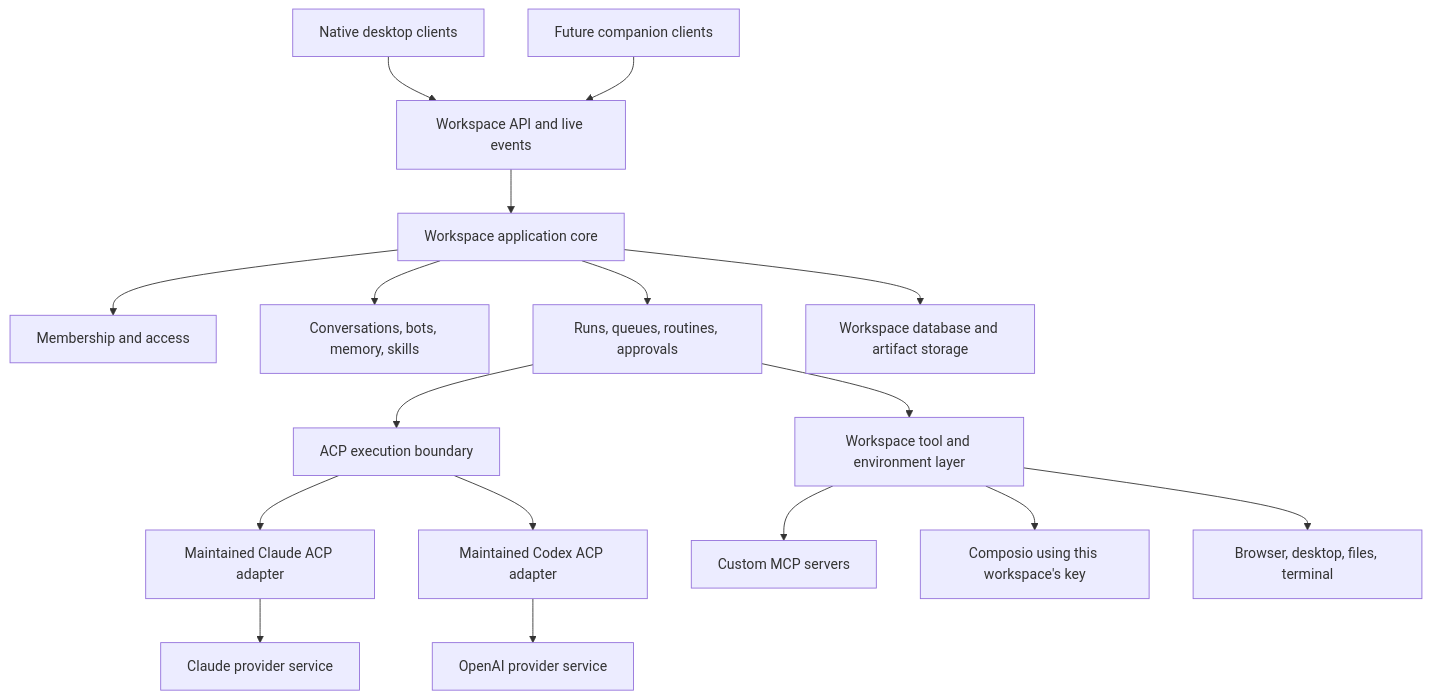
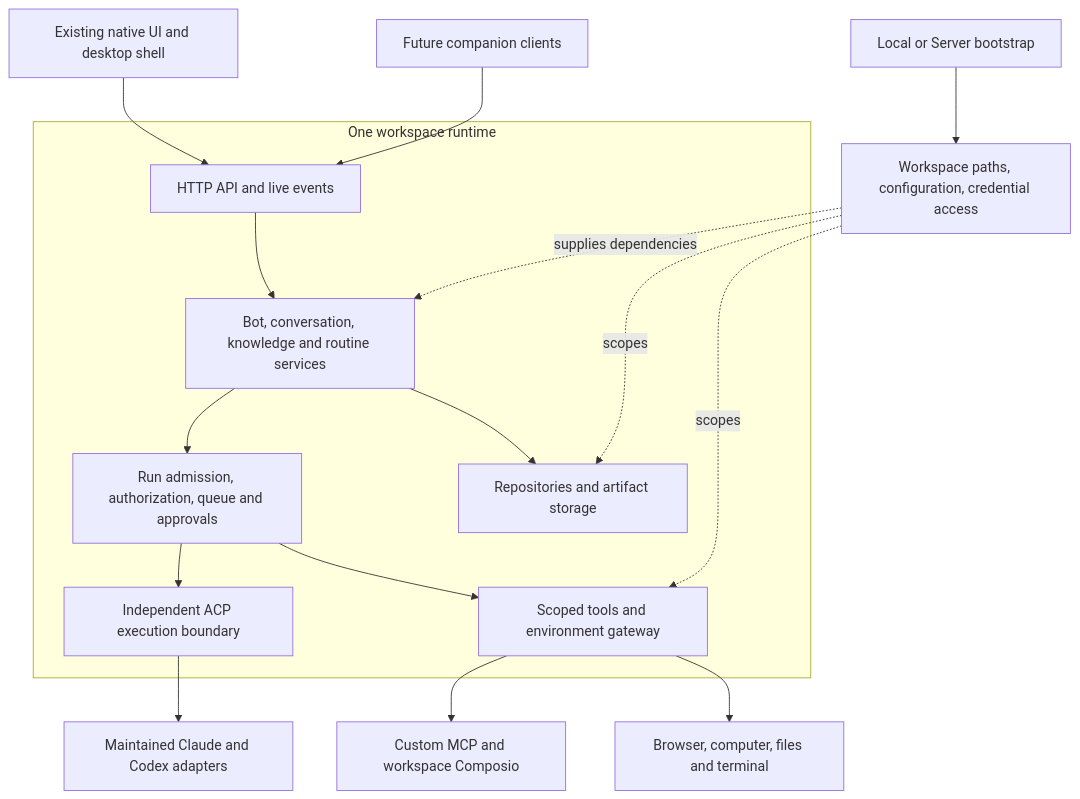
One commit to hanifstudio/colonie changed the third of 4 diagrams in docs/COLONIE-BLUEPRINT.md. Above: the diagram before and after it, drawn with Mermaid. The commit also changed other lines of this file and 245 other files, not shown here.

````diff
--- a/docs/COLONIE-BLUEPRINT.md
+++ b/docs/COLONIE-BLUEPRINT.md
@@ -380,19 +445,19 @@
 ```mermaid
 flowchart TB
-    D[Native desktop clients] --> API[Workspace API and live events]
+    D[Existing native UI and desktop shell] --> API
     M[Future companion clients] --> API
-    API --> W[Workspace application core]
-    W --> ID[Membership and access]
-    W --> C[Conversations, bots, memory, skills]
-    W --> R[Runs, queues, routines, approvals]
-    W --> DB[Workspace database and artifact storage]
-    R --> E[ACP execution boundary]
-    E --> AC[Maintained Claude ACP adapter]
-    E --> AX[Maintained Codex ACP adapter]
-    AC --> CP[Claude provider service]
-    AX --> OP[OpenAI provider service]
-    R --> TO[Workspace tool and environment layer]
-    TO --> MCP[Custom MCP servers]
-    TO --> CO[Composio using this workspace's key]
-    TO --> ENV[Browser, desktop, files, terminal]
+    B[Local or Server bootstrap] --> CTX[Workspace paths, configuration, credential access]
+    subgraph WS[One workspace runtime]
+        API[HTTP API and live events] --> APP[Bot, conversation, knowledge and routine services]
+        APP --> RUN[Run admission, authorization, queue and approvals]
+        APP --> REPO[Repositories and artifact storage]
+        RUN --> ACP[Independent ACP execution boundary]
+        RUN --> TOOLS[Scoped tools and environment gateway]
+    end
+    CTX -. supplies dependencies .-> APP
+    CTX -. scopes .-> REPO
+    CTX -. scopes .-> TOOLS
+    ACP --> PROVIDERS[Maintained Claude and Codex adapters]
+    TOOLS --> MCP[Custom MCP and workspace Composio]
+    TOOLS --> ENV[Browser, computer, files and terminal]
 ```
````
